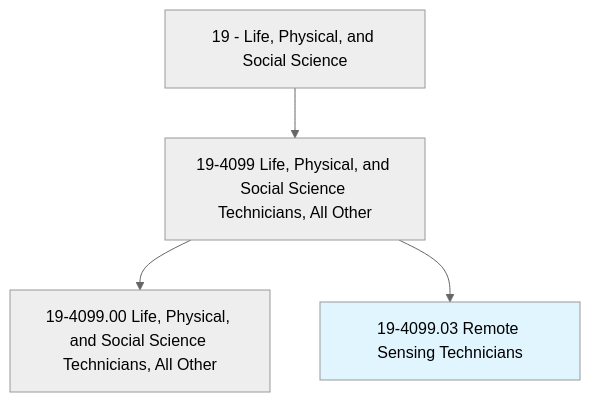
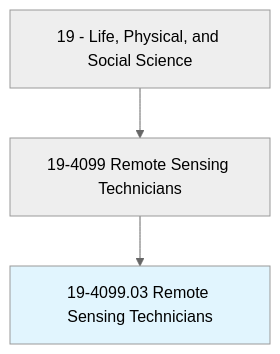
The first of 4 diagrams in occupations/Science/RemoteSensingTechnicians.mdx (kziemski/business.org.ai), drawn with Mermaid (neutral theme) before and after one commit. The commit also changed other lines of this file and 938 other files, not shown here.

````diff
--- a/occupations/Science/RemoteSensingTechnicians.mdx
+++ b/occupations/Science/RemoteSensingTechnicians.mdx
@@ -19,7 +23,6 @@
 ```mermaid
 graph TD
-    Cat19["19 - Life, Physical, and Social Science"] --> Group194099["19-4099 Life, Physical, and Social Science Technicians, All Other"]
-    Group194099 --> Base["19-4099.00 Life, Physical, and Social Science Technicians, All Other"]
+    Cat19["19 - Life, Physical, and Social Science"] --> Group194099["19-4099 Remote Sensing Technicians"]
     Group194099 --> Current["19-4099.03 Remote Sensing Technicians"]
     style Current fill:#e1f5fe
 ```
````
